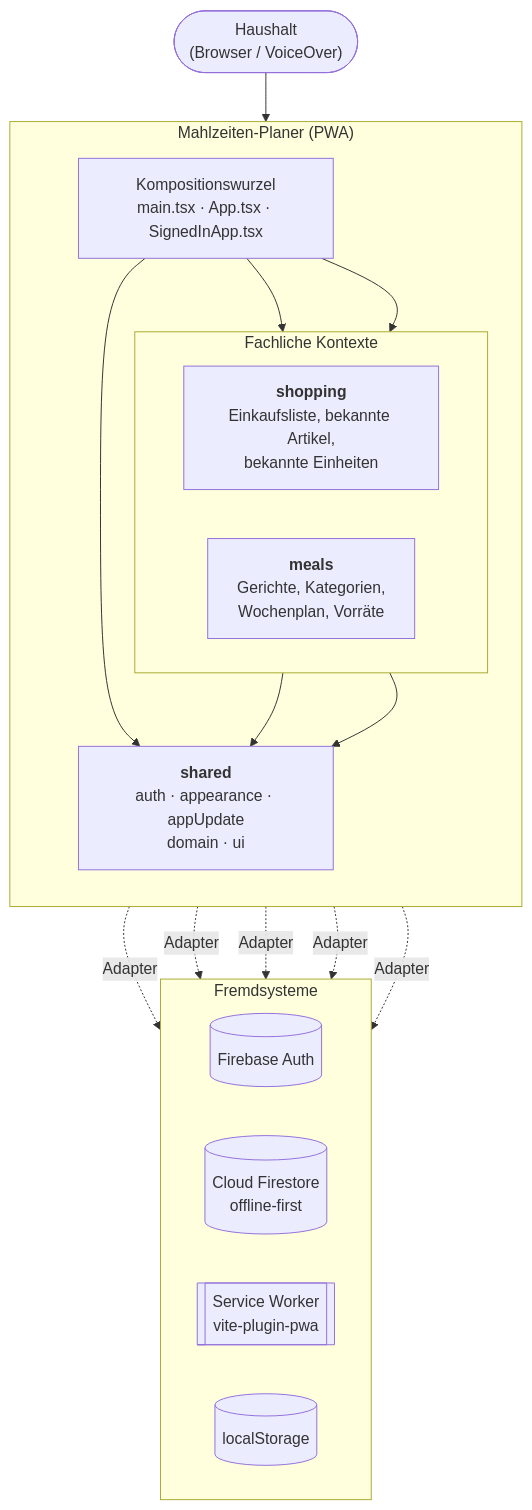
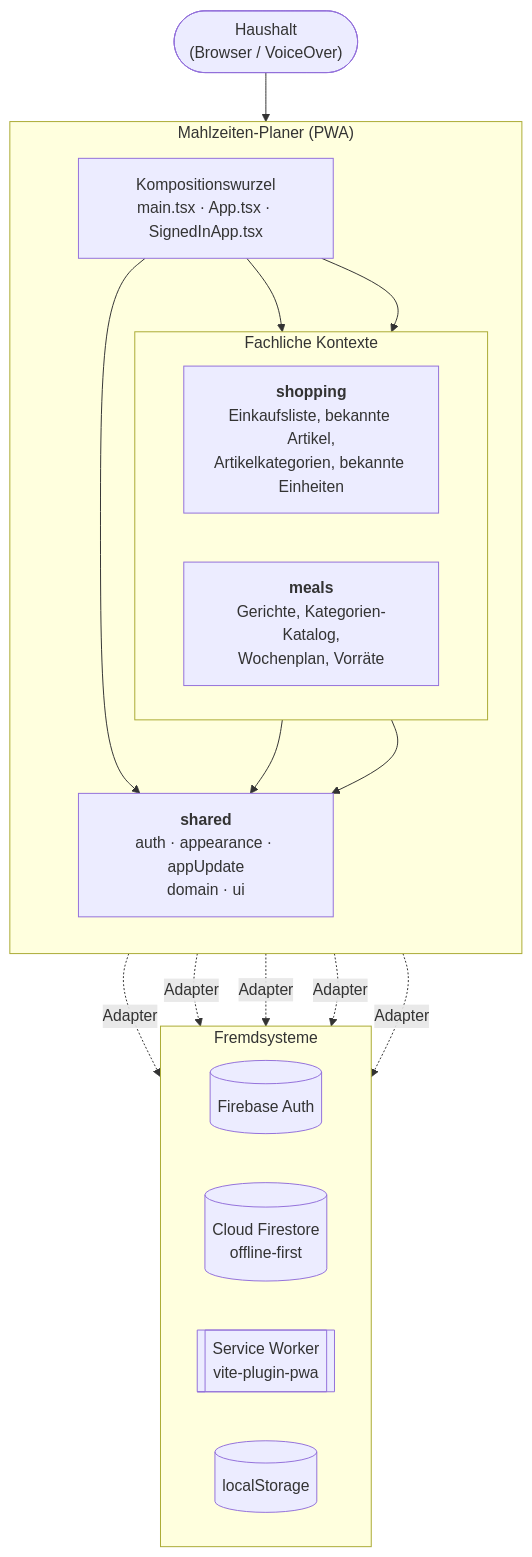
Before and after one commit to burnyWes/Mahlzeiten-Planer: the first of 5 diagrams in docs/architektur/05-bausteinsicht.md, drawn with Mermaid. The commit also changed other lines of this file and 81 other files, not shown here.

````diff
--- a/docs/architektur/05-bausteinsicht.md
+++ b/docs/architektur/05-bausteinsicht.md
@@ -8,38 +8,38 @@
 ```mermaid
 flowchart TB
     nutzer(["Haushalt<br/>(Browser / VoiceOver)"])
 
     subgraph pwa["Mahlzeiten-Planer (PWA)"]
         direction TB
         root["Kompositionswurzel<br/>main.tsx · App.tsx · SignedInApp.tsx"]
 
         subgraph kontexte["Fachliche Kontexte"]
             direction LR
-            shopping["<b>shopping</b><br/>Einkaufsliste, bekannte Artikel,<br/>bekannte Einheiten"]
-            meals["<b>meals</b><br/>Gerichte, Kategorien,<br/>Wochenplan, Vorräte"]
+            shopping["<b>shopping</b><br/>Einkaufsliste, bekannte Artikel,<br/>Artikelkategorien, bekannte Einheiten"]
+            meals["<b>meals</b><br/>Gerichte, Kategorien-Katalog,<br/>Wochenplan, Vorräte"]
         end
 
         shared["<b>shared</b><br/>auth · appearance · appUpdate<br/>domain · ui"]
     end
 
     subgraph extern["Fremdsysteme"]
         direction LR
         fbauth[("Firebase Auth")]
         firestore[("Cloud Firestore<br/>offline-first")]
         sw[["Service Worker<br/>vite-plugin-pwa"]]
         ls[("localStorage")]
     end
 
     nutzer --> root
     root --> shopping
     root --> meals
     root --> shared
     shopping --> shared
     meals --> shared
 
     shopping -. Adapter .-> firestore
     meals -. Adapter .-> firestore
     shared -. Adapter .-> fbauth
     shared -. Adapter .-> sw
     shared -. Adapter .-> ls
 ```
````
